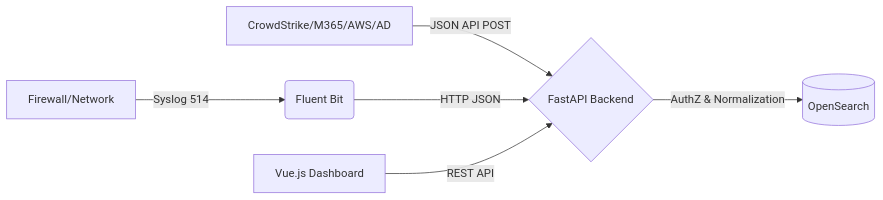
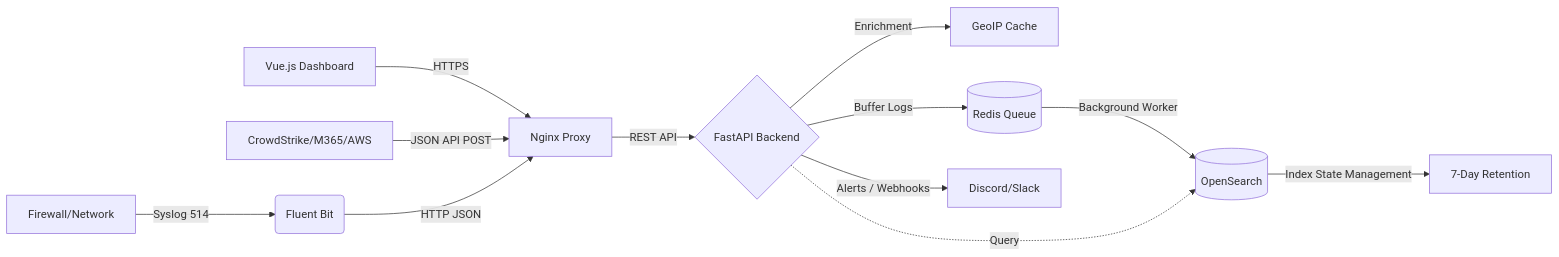
Before and after one commit to worasuyaaa987/Log_Management_Demo: the diagram in docs/architecture.md, drawn with Mermaid. The commit also changed other lines of this file and 9 other files, not shown here.

````diff
--- a/docs/architecture.md
+++ b/docs/architecture.md
@@ -7,8 +7,18 @@
 ```mermaid
 graph LR
-    A[Firewall/Network] -->|Syslog 514| B(Fluent Bit)
-    C[CrowdStrike/M365/AWS/AD] -->|JSON API POST| D{FastAPI Backend}
-    B -->|HTTP JSON| D
-    D -->|AuthZ & Normalization| E[(OpenSearch)]
-    F[Vue.js Dashboard] -->|REST API| D
+    ClientUI[Vue.js Dashboard] -->|HTTPS| Proxy[Nginx Proxy]
+    API_Clients[CrowdStrike/M365/AWS] -->|JSON API POST| Proxy
+    Syslog[Firewall/Network] -->|Syslog 514| FB(Fluent Bit)
+    FB -->|HTTP JSON| Proxy
+    
+    Proxy -->|REST API| Backend{FastAPI Backend}
+    
+    Backend -->|Enrichment| GeoIP[GeoIP Cache]
+    Backend -->|Buffer Logs| Queue[(Redis Queue)]
+    
+    Queue -->|Background Worker| OS[(OpenSearch)]
+    OS -->|Index State Management| Retention[7-Day Retention]
+    
+    Backend -.->|Query| OS
+    Backend -->|Alerts / Webhooks| Notifications[Discord/Slack]
 ```
````
